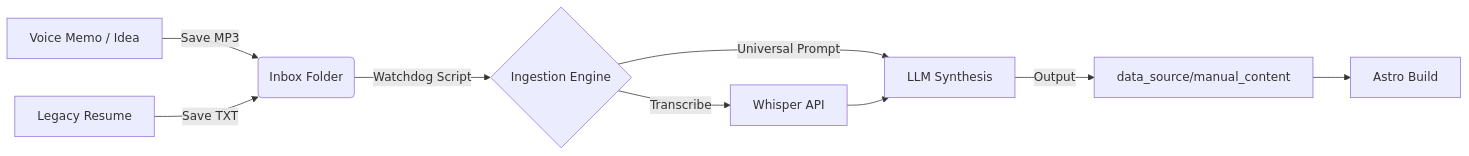
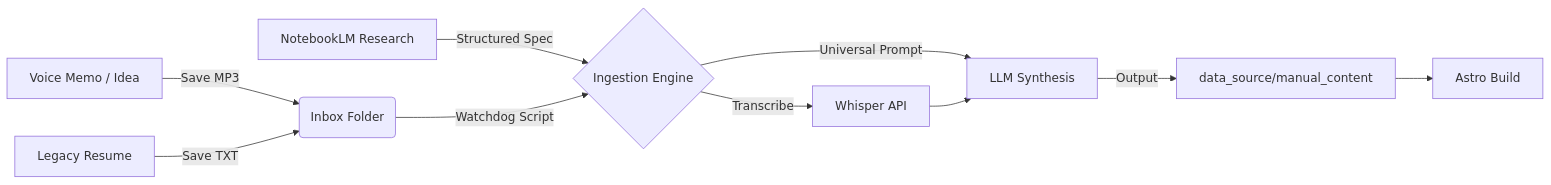
Before and after one commit to mechanistic-org/portfolio: the diagram in src/content/docs/CONTENT_STRATEGY.md, drawn with Mermaid. The commit also changed other lines of this file and 135 other files, not shown here.

````diff
--- a/src/content/docs/CONTENT_STRATEGY.md
+++ b/src/content/docs/CONTENT_STRATEGY.md
@@ -21,11 +21,12 @@
 ```mermaid
 graph LR
     A[Voice Memo / Idea] -->|Save MP3| B(Inbox Folder)
     C[Legacy Resume] -->|Save TXT| B
-    B -->|Watchdog Script| D{Ingestion Engine}
+    NLM[NotebookLM Research] -->|Structured Spec| D{Ingestion Engine}
+    B -->|Watchdog Script| D
     D -->|Transcribe| E[Whisper API]
     D -->|Universal Prompt| F[LLM Synthesis]
     E --> F
     F -->|Output| G[data_source/manual_content]
     G --> H[Astro Build]
 ```
````
